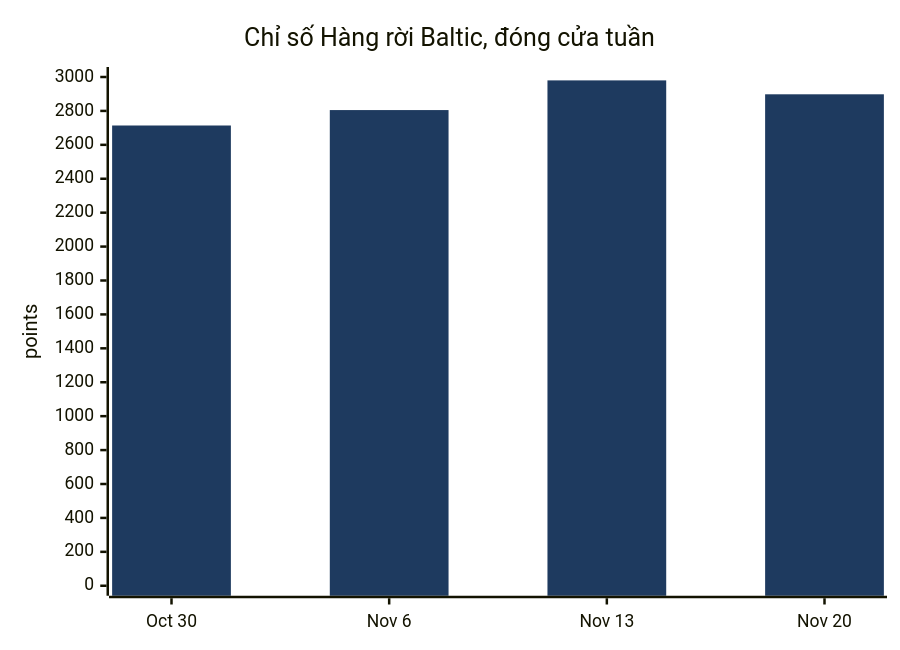
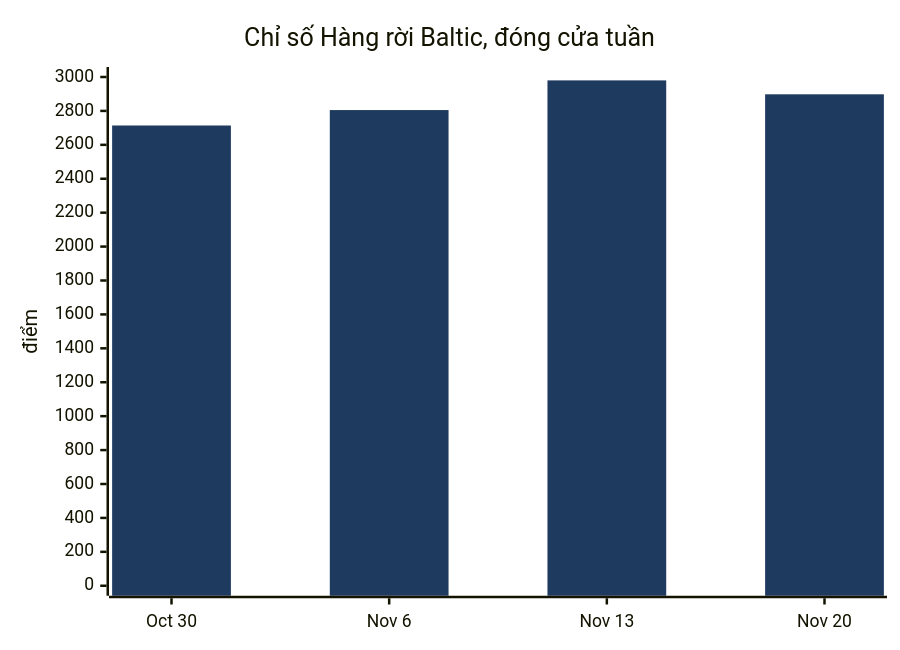
Before and after one commit to dureach/research: diagram 11 of 15 in Global-Trade-Intelligence-weekly-2026-11-23/index.vi.md, drawn with Mermaid. The commit also changed other lines of this file and 5 other files, not shown here.

````diff
--- a/Global-Trade-Intelligence-weekly-2026-11-23/index.vi.md
+++ b/Global-Trade-Intelligence-weekly-2026-11-23/index.vi.md
@@ -537,8 +537,8 @@
 ```mermaid
 %%{init: {'theme': 'base', 'themeVariables': {'xyChart': {'plotColorPalette': '#1e3a5f'}}}}%%
 xychart-beta
     title "Chỉ số Hàng rời Baltic, đóng cửa tuần"
     x-axis ["Oct 30", "Nov 6", "Nov 13", "Nov 20"]
-    y-axis "points" 0 --> 3000
+    y-axis "điểm" 0 --> 3000
     bar [2714, 2805, 2980, 2898]
 ```
````
